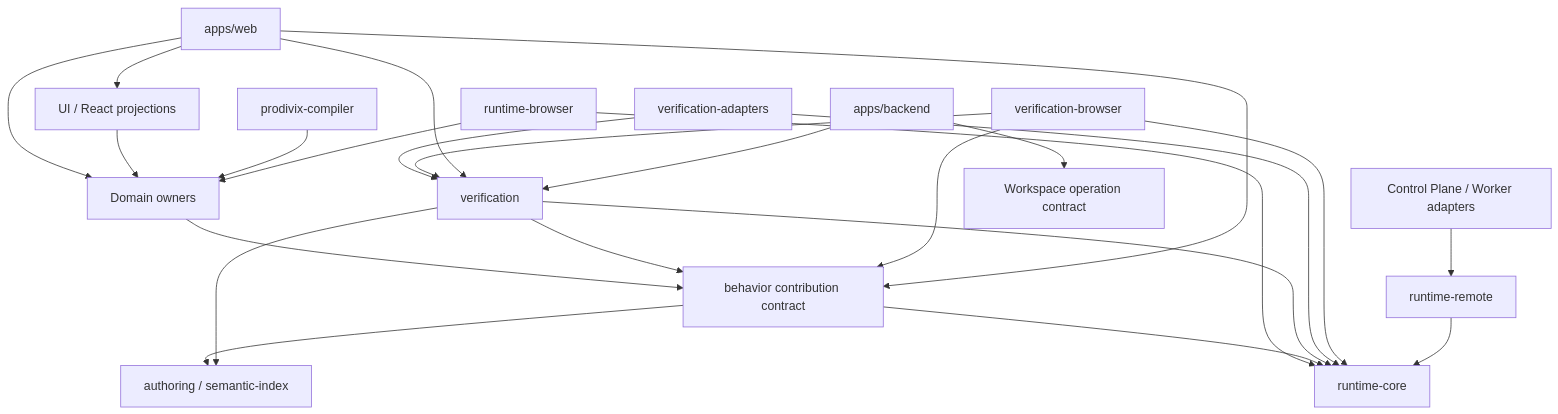
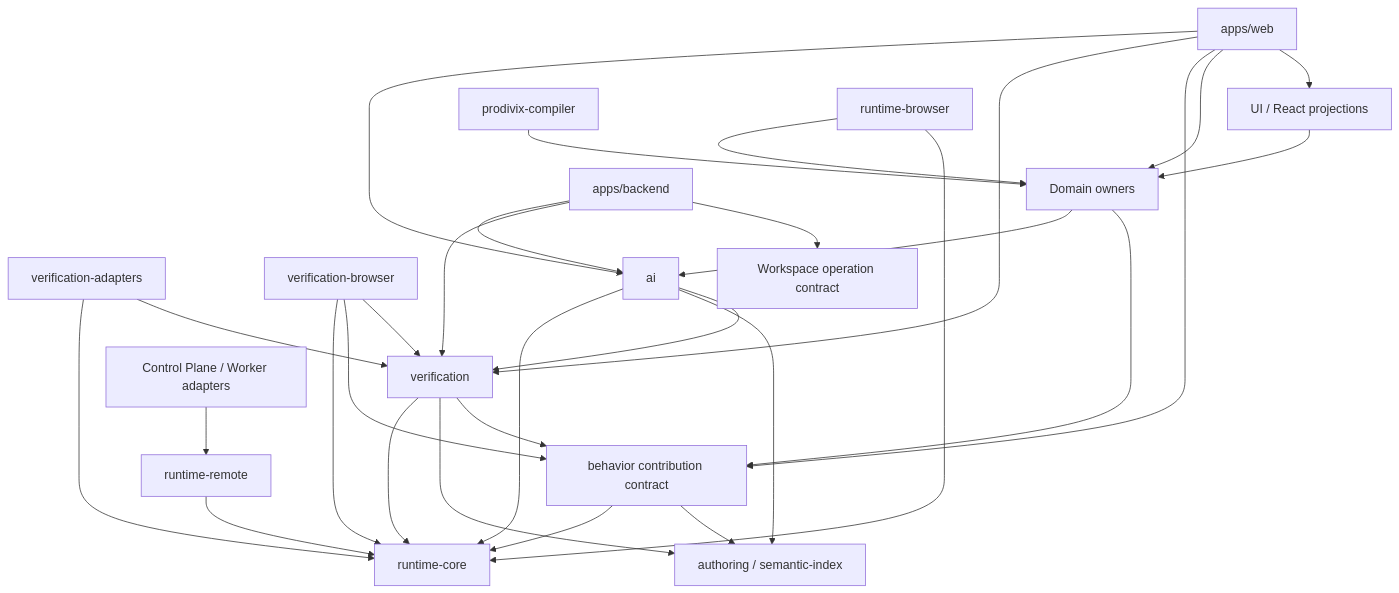
Before and after one commit to prodivix/prodivix: the diagram in docs/architecture/package-ownership.md, drawn with Mermaid. The commit also changed other lines of this file and 137 other files, not shown here.

````diff
--- a/docs/architecture/package-ownership.md
+++ b/docs/architecture/package-ownership.md
@@ -45,26 +46,32 @@
 ```mermaid
 flowchart TD
     Web["apps/web"] --> UI["UI / React projections"]
     Web --> Domain["Domain owners"]
     UI --> Domain
     Compiler["prodivix-compiler"] --> Domain
     Browser["runtime-browser"] --> Core["runtime-core"]
     Browser --> Domain
     Domain --> Behavior["behavior contribution contract"]
     Behavior --> Authoring["authoring / semantic-index"]
     Behavior --> Core
     Verification["verification"] --> Behavior
     Verification --> Authoring
     Verification --> Core
     VerificationAdapters["verification-adapters"] --> Verification
     VerificationAdapters --> Core
     VerificationBrowser["verification-browser"] --> Verification
     VerificationBrowser --> Behavior
     VerificationBrowser --> Core
+    Agent["ai"] --> Verification
+    Agent --> Authoring
+    Agent --> Core
+    Domain --> Agent
     Web --> Behavior
     Web --> Verification
+    Web --> Agent
     RemoteAdapters["Control Plane / Worker adapters"] --> RemoteCore["runtime-remote"]
     RemoteCore --> Core
     Backend["apps/backend"] --> Sync["Workspace operation contract"]
     Backend --> Verification
+    Backend --> Agent
 ```
````
